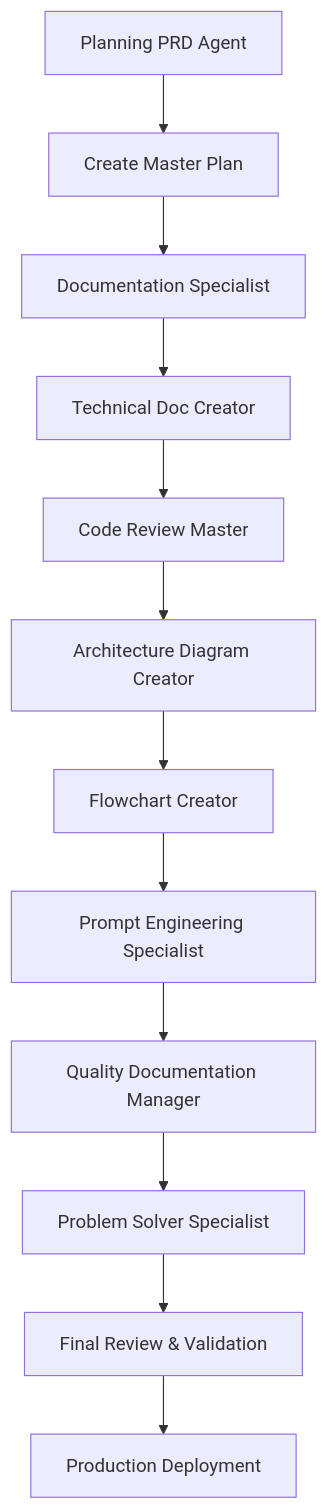
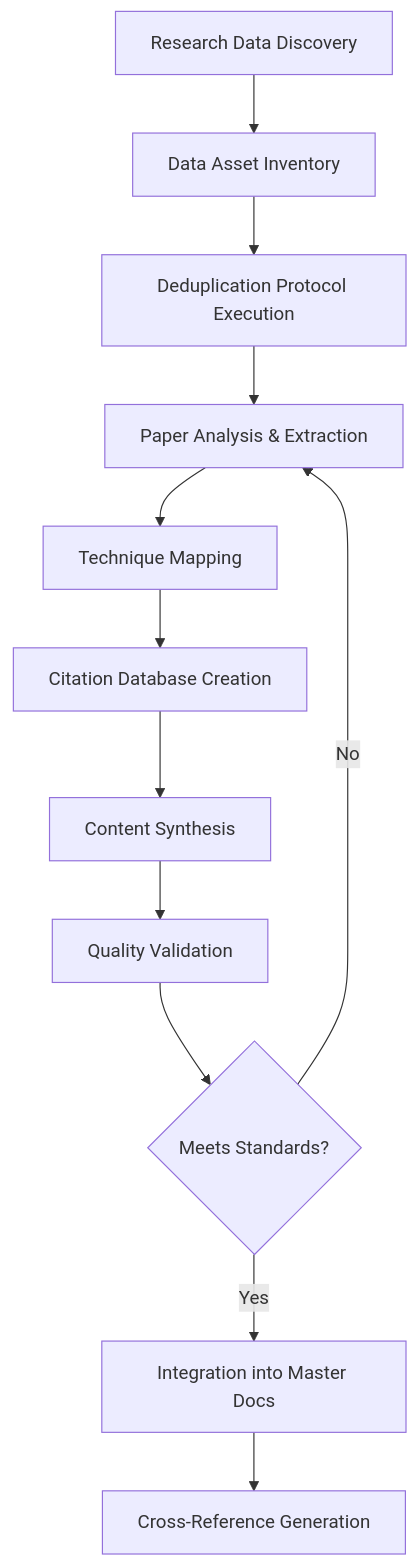
Before and after one commit to pur3v4d3r/pur3-pkb-codebase: the first of 2 diagrams in claude-code-instruct-for-project-master-exemplar-series.md, drawn with Mermaid. The commit also changed other lines of this file and 24 other files, not shown here.

````diff
--- a/claude-code-instruct-for-project-master-exemplar-series.md
+++ b/claude-code-instruct-for-project-master-exemplar-series.md
@@ -359,14 +342,14 @@
 ```mermaid
 graph TD
-    A[Planning PRD Agent] --> B[Create Master Plan]
-    B --> C[Documentation Specialist]
-    C --> D[Technical Doc Creator]
-    D --> E[Code Review Master]
-    E --> F[Architecture Diagram Creator]
-    F --> G[Flowchart Creator]
-    G --> H[Prompt Engineering Specialist]
-    H --> I[Quality Documentation Manager]
-    I --> J[Problem Solver Specialist]
-    J --> K[Final Review & Validation]
-    K --> L[Production Deployment]
+    A[Research Data Discovery] --> B[Data Asset Inventory]
+    B --> C[Deduplication Protocol Execution]
+    C --> D[Paper Analysis & Extraction]
+    D --> E[Technique Mapping]
+    E --> F[Citation Database Creation]
+    F --> G[Content Synthesis]
+    G --> H[Quality Validation]
+    H --> I{Meets Standards?}
+    I -->|No| D
+    I -->|Yes| J[Integration into Master Docs]
+    J --> K[Cross-Reference Generation]
 ```
````
